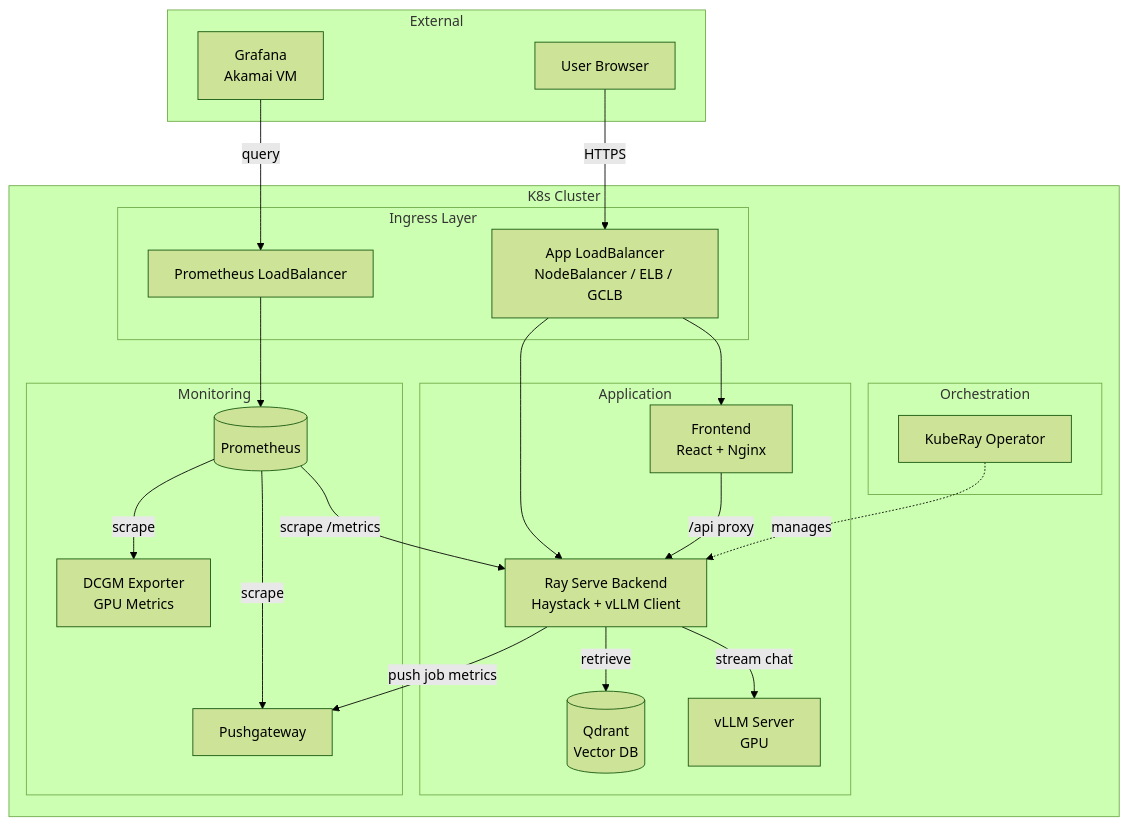
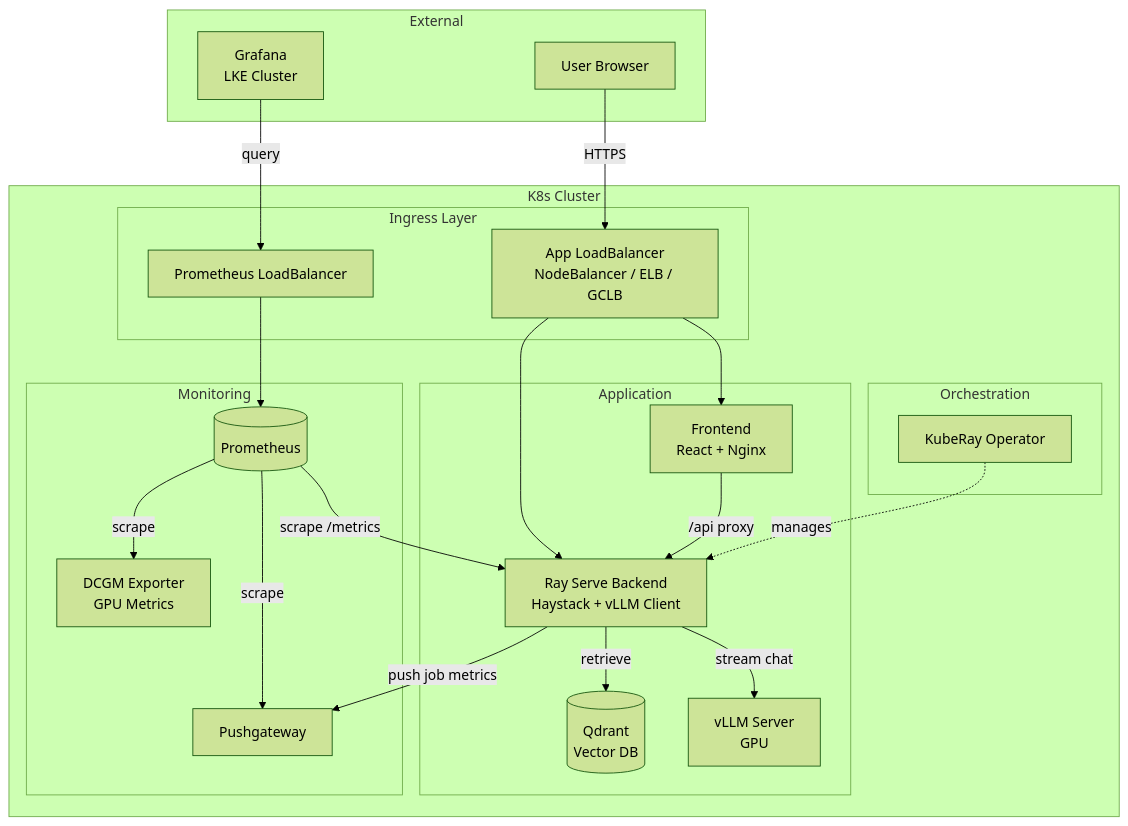
Before and after one commit to jgdynamite10/rag-ray-haystack: the diagram in README.md, drawn with Mermaid (forest theme). The commit also changed other lines of this file, not shown here.

First line of the commit message:
Update README: Feb 17 benchmarks, monitoring architecture, GPU costs

````diff
--- a/README.md
+++ b/README.md
@@ -93,46 +95,46 @@
 ```mermaid
 flowchart TB
   subgraph External
     User[User Browser]
-    Grafana[Grafana<br/>Akamai VM]
+    Grafana[Grafana<br/>LKE Cluster]
   end
 
   subgraph K8s Cluster
     subgraph Ingress Layer
       AppLB[App LoadBalancer<br/>NodeBalancer / ELB / GCLB]
       PromLB[Prometheus LoadBalancer]
     end
 
     subgraph Application
       Frontend[Frontend<br/>React + Nginx]
       Backend[Ray Serve Backend<br/>Haystack + vLLM Client]
       Qdrant[(Qdrant<br/>Vector DB)]
       VLLM[vLLM Server<br/>GPU]
     end
 
     subgraph Orchestration
       KubeRay[KubeRay Operator]
     end
 
     subgraph Monitoring
       Prom[(Prometheus)]
       Push[Pushgateway]
       DCGM[DCGM Exporter<br/>GPU Metrics]
     end
   end
 
   User -->|HTTPS| AppLB
   AppLB --> Frontend
   AppLB --> Backend
   Frontend -->|/api proxy| Backend
   Backend -->|retrieve| Qdrant
   Backend -->|stream chat| VLLM
   KubeRay -.->|manages| Backend
   
   Backend -->|push job metrics| Push
   Prom -->|scrape /metrics| Backend
   Prom -->|scrape| Push
   Prom -->|scrape| DCGM
   Grafana -->|query| PromLB
   PromLB --> Prom
 ```
````
